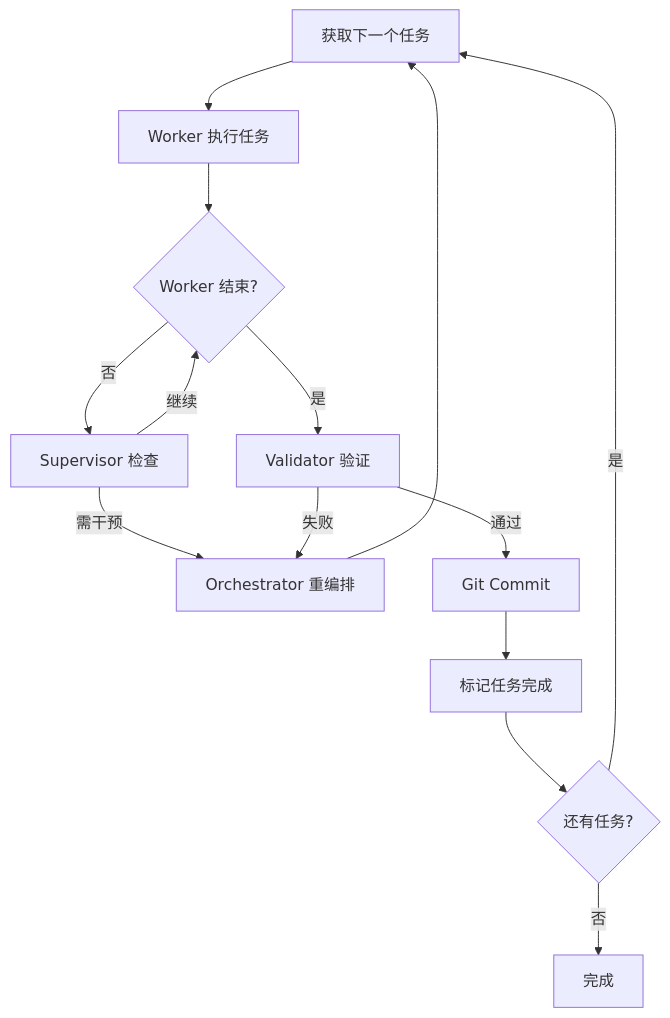
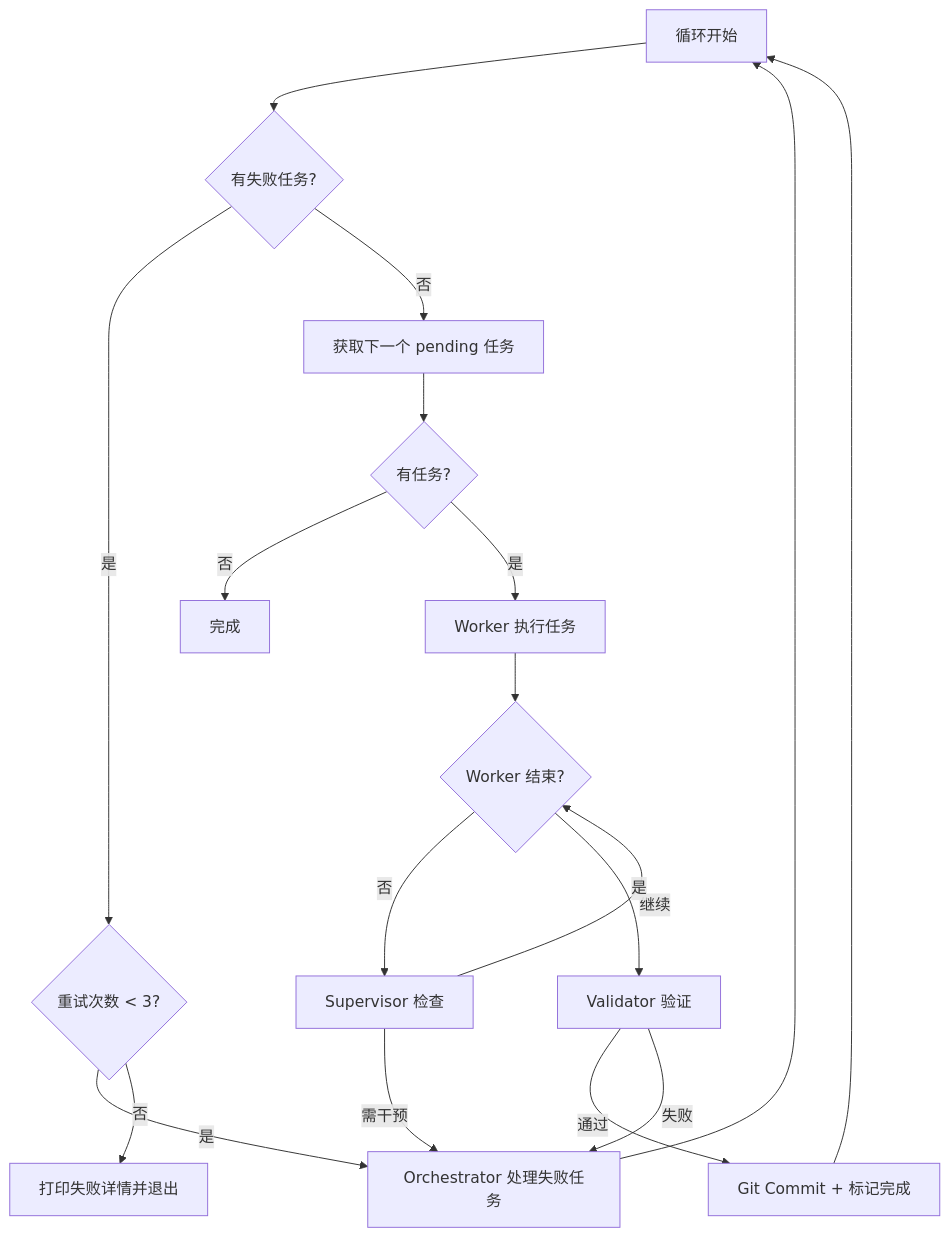
One commit to TSHOGX/claude-plus changed the diagram in README.md. Above: the diagram before and after it, drawn with Mermaid. The commit also changed other lines of this file and 3 other files, not shown here.

````diff
--- a/README.md
+++ b/README.md
@@ -51,19 +51,25 @@
 ```mermaid
 flowchart TD
-    A[获取下一个任务] --> B[Worker 执行任务]
-    B --> C{Worker 结束?}
-    
-    C -->|否| D[Supervisor 检查]
-    D -->|继续| C
-    D -->|需干预| E[Orchestrator 重编排]
-    E --> A
-    
-    C -->|是| F[Validator 验证]
-    F -->|通过| G[Git Commit]
-    G --> H[标记任务完成]
-    H --> I{还有任务?}
-    I -->|是| A
-    I -->|否| J[完成]
-    
-    F -->|失败| E
+    A[循环开始] --> B{有失败任务?}
+
+    B -->|是| C{重试次数 < 3?}
+    C -->|是| D[Orchestrator 处理失败任务]
+    D --> A
+    C -->|否| E[打印失败详情并退出]
+
+    B -->|否| F[获取下一个 pending 任务]
+    F --> G{有任务?}
+    G -->|否| H[完成]
+
+    G -->|是| I[Worker 执行任务]
+    I --> J{Worker 结束?}
+
+    J -->|否| K[Supervisor 检查]
+    K -->|继续| J
+    K -->|需干预| D
+
+    J -->|是| L[Validator 验证]
+    L -->|通过| M[Git Commit + 标记完成]
+    M --> A
+    L -->|失败| D
 ```
````
